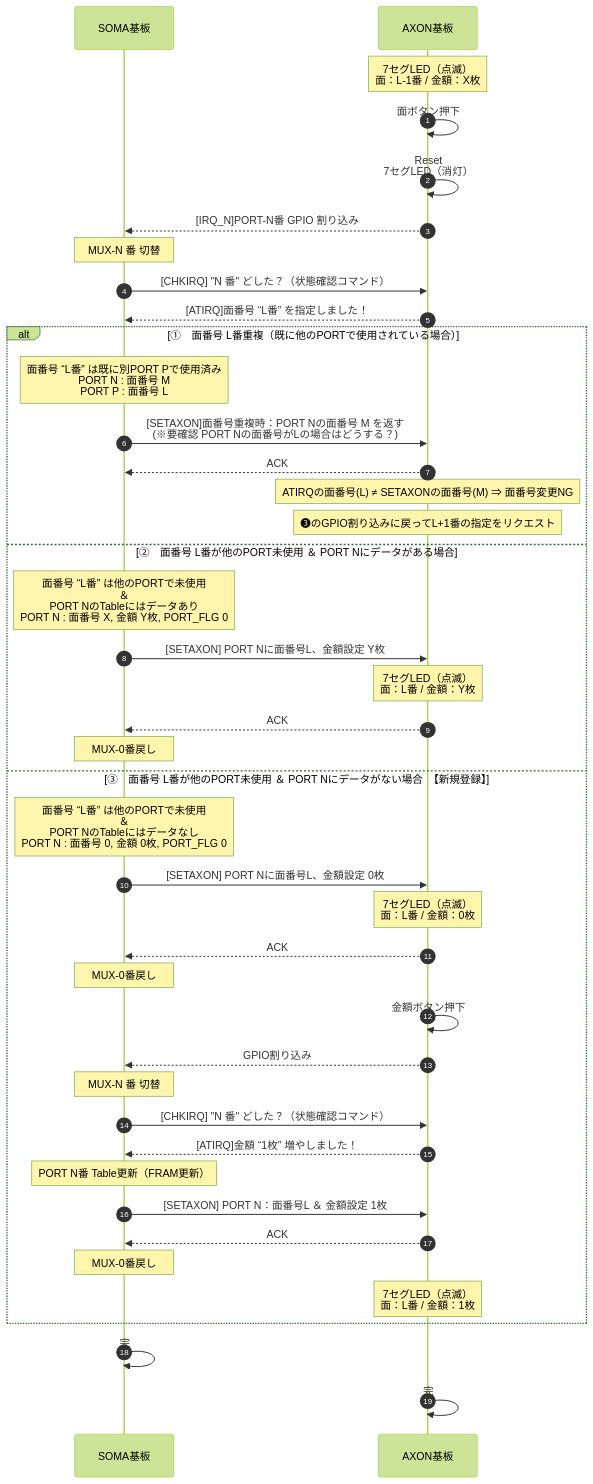
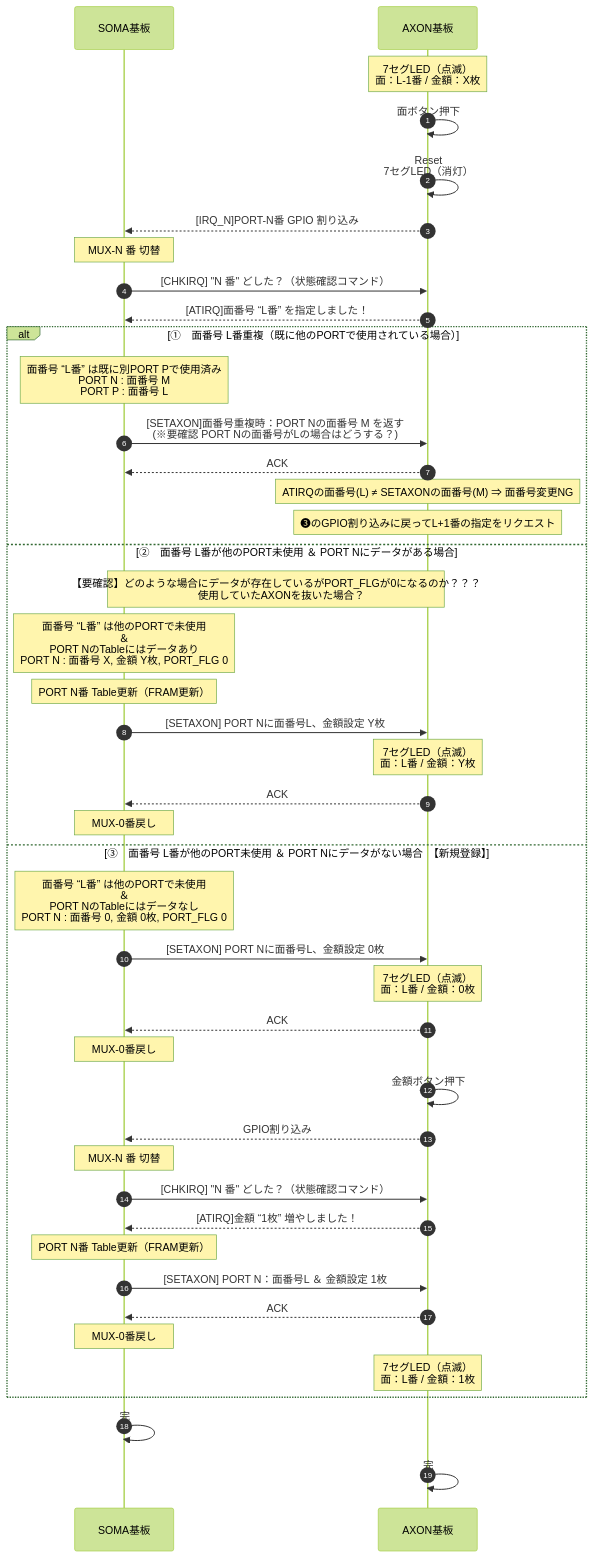
Before and after one commit to tep-hidetoshi-tsuchiya/axon_board: the fourth of 13 diagrams in docs/仕様書/SOMA-TG仕様書_ver1.0.md, drawn with Mermaid (forest theme). The commit also changed other lines of this file and 46 other files, not shown here.

````diff
--- a/docs/仕様書/SOMA-TG仕様書_ver1.0.md
+++ b/docs/仕様書/SOMA-TG仕様書_ver1.0.md
@@ -2124,71 +2132,74 @@
 ```mermaid
 sequenceDiagram
     autonumber
     participant SOMA as SOMA基板
     participant AXON as AXON基板
 
     %% --- 初期状態 ---
     Note over AXON: 7セグLED（点滅）<br/>面：L-1番 / 金額：X枚
 
     %% --- 面ボタン押下（変更開始） ---
     AXON->>AXON: 面ボタン押下
     AXON->>AXON: Reset<br/>7セグLED（消灯）
 
     %% --- 割り込み通知 ---
     AXON-->>SOMA: [IRQ_N]PORT-N番 GPIO 割り込み
 
     %% --- MUX 切り替え ---
     Note over SOMA: MUX-N 番 切替
 
     %% --- 状態確認コマンド ---
     SOMA->>AXON: [CHKIRQ] "N 番" どした？（状態確認コマンド）
     AXON-->>SOMA: [ATIRQ]面番号 “L番” を指定しました！
 
   alt ①　面番号 L番重複（既に他のPORTで使用されている場合）
       %% --- 面番号 L番 の使用状況チェック ---
       Note over SOMA: 面番号 “L番” は既に別PORT Pで使用済み<br>PORT N : 面番号 M<br>PORT P : 面番号 L
       SOMA->>AXON: [SETAXON]面番号重複時：PORT Nの面番号 M を返す<br>(※要確認 PORT Nの面番号がLの場合はどうする？)
 
       %% --- AXONの判定処理 ---
       AXON-->>SOMA: ACK
       Note over AXON: ATIRQの面番号(L) ≠ SETAXONの面番号(M) ⇒ 面番号変更NG
 
       %% --- AXONの判定処理 ---
       Note over AXON:  ❸のGPIO割り込みに戻ってL+1番の指定をリクエスト
 
   else ②　面番号 L番が他のPORT未使用 ＆ PORT Nにデータがある場合
+      note over SOMA,AXON: 【要確認】どのような場合にデータが存在しているがPORT_FLGが0になるのか？？？<br>　使用していたAXONを抜いた場合？
+
       %% --- 面番号 L番 の使用状況チェック ---
       Note over SOMA: 面番号 “L番” は他のPORTで未使用<br>＆<br>PORT NのTableにはデータあり<br>PORT N : 面番号 X, 金額 Y枚, PORT_FLG 0
+      Note over SOMA: PORT N番 Table更新（FRAM更新）
       SOMA->>AXON: [SETAXON] PORT Nに面番号L、金額設定 Y枚
 
       %% --- AXONの判定処理 ---
       Note over AXON: 7セグLED（点滅）<br>面：L番 / 金額：Y枚
       AXON-->>SOMA: ACK
       Note over SOMA: MUX-0番戻し
 
   else ③　面番号 L番が他のPORT未使用 ＆ PORT Nにデータがない場合　【新規登録】
       %% --- 面番号 L番 の使用状況チェック ---
       Note over SOMA: 面番号 “L番” は他のPORTで未使用<br>＆<br>PORT NのTableにはデータなし<br>PORT N : 面番号 0, 金額 0枚, PORT_FLG 0
       SOMA->>AXON: [SETAXON] PORT Nに面番号L、金額設定 0枚
 
       %% --- AXONの判定処理 ---
       Note over AXON: 7セグLED（点滅）<br>面：L番 / 金額：0枚
       AXON-->>SOMA: ACK
 
       Note over SOMA: MUX-0番戻し
       AXON->>AXON: 金額ボタン押下
 
       AXON-->>SOMA: GPIO割り込み
       Note over SOMA: MUX-N 番 切替
       SOMA->>AXON: [CHKIRQ] "N 番" どした？（状態確認コマンド）
       AXON-->>SOMA: [ATIRQ]金額 “1枚” 増やしました！
       Note over SOMA: PORT N番 Table更新（FRAM更新）
       SOMA->>AXON: [SETAXON] PORT N：面番号L ＆ 金額設定 1枚
       AXON-->>SOMA: ACK
       Note over SOMA: MUX-0番戻し
       Note over AXON: 7セグLED（点滅）<br>面：L番 / 金額：1枚
   end
     %% --- 終了 ---
     SOMA->>SOMA: 完
     AXON->>AXON: 完
 ```
````
